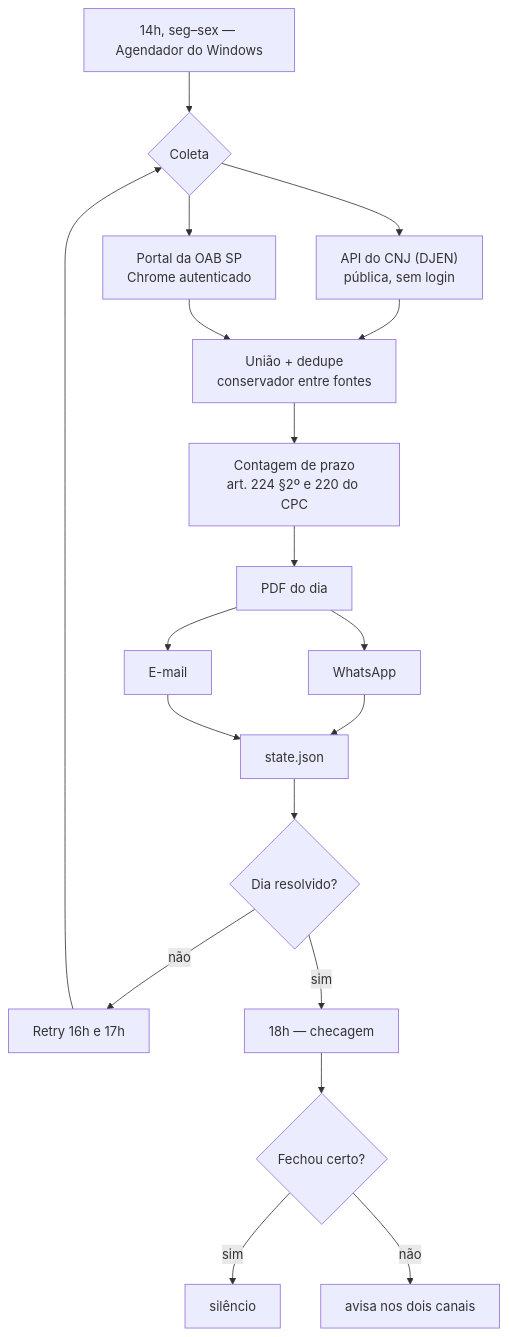
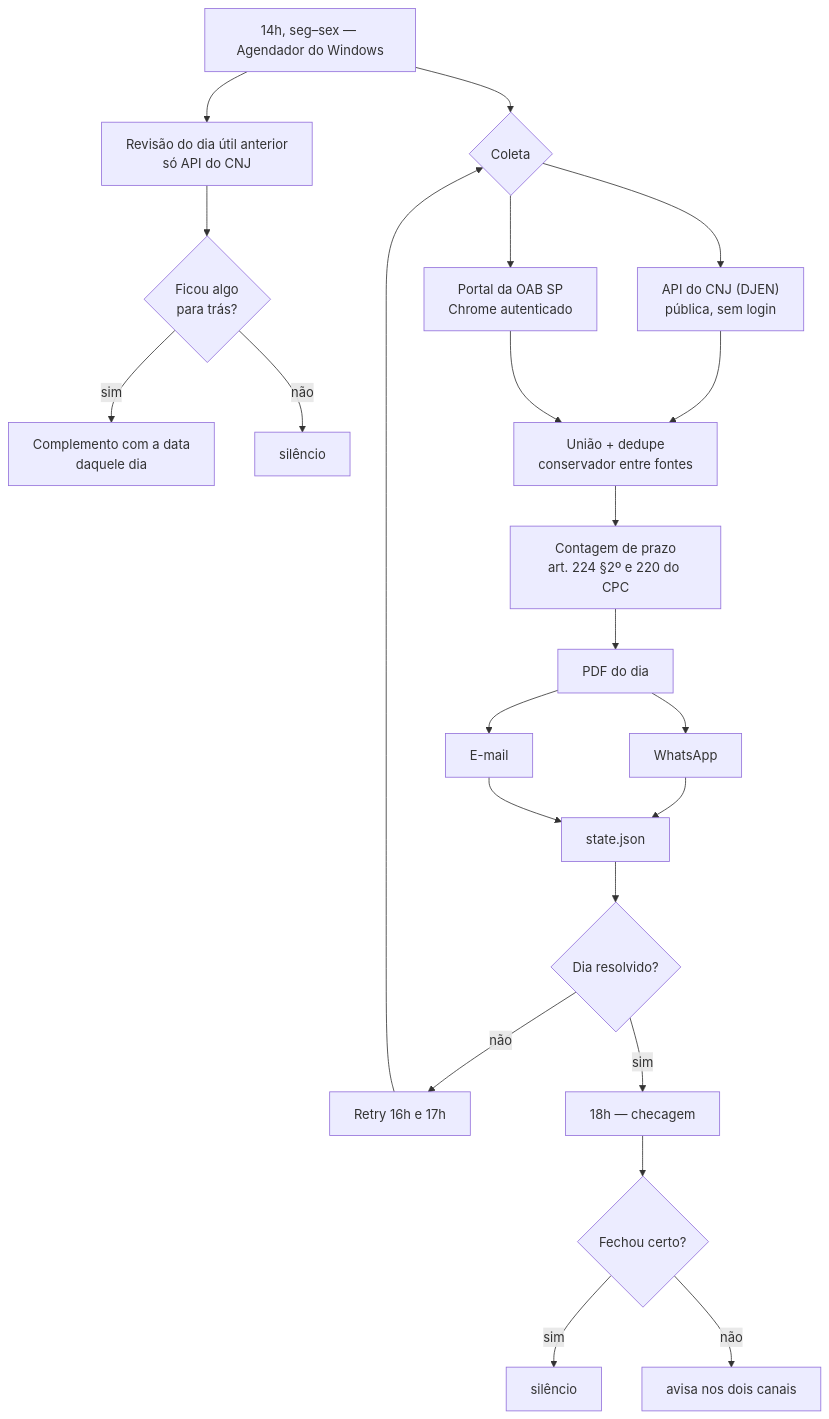
Before and after one commit to GustavoFariaDev/oab-publicacoes: the diagram in README.md, drawn with Mermaid. The commit also changed other lines of this file and 7 other files, not shown here.

````diff
--- a/README.md
+++ b/README.md
@@ -14,21 +14,25 @@
 ```mermaid
 flowchart TD
     T["14h, seg–sex — Agendador do Windows"] --> C{Coleta}
+    T --> RV["Revisão do dia útil anterior<br/>só API do CNJ"]
+    RV --> RN{"Ficou algo<br/>para trás?"}
+    RN -->|sim| CP["Complemento com a data<br/>daquele dia"]
+    RN -->|não| Q2["silêncio"]
     C --> CNJ["API do CNJ (DJEN)<br/>pública, sem login"]
     C --> P["Portal da OAB SP<br/>Chrome autenticado"]
     CNJ --> U["União + dedupe<br/>conservador entre fontes"]
     P --> U
     U --> PZ["Contagem de prazo<br/>art. 224 §2º e 220 do CPC"]
     PZ --> PDF["PDF do dia"]
     PDF --> W["WhatsApp"]
     PDF --> E["E-mail"]
     W --> S["state.json"]
     E --> S
     S --> R{"Dia resolvido?"}
     R -->|não| RT["Retry 16h e 17h"]
     RT --> C
     R -->|sim| V["18h — checagem"]
     V --> F{"Fechou certo?"}
     F -->|sim| Q["silêncio"]
     F -->|não| A["avisa nos dois canais"]
 ```
````
